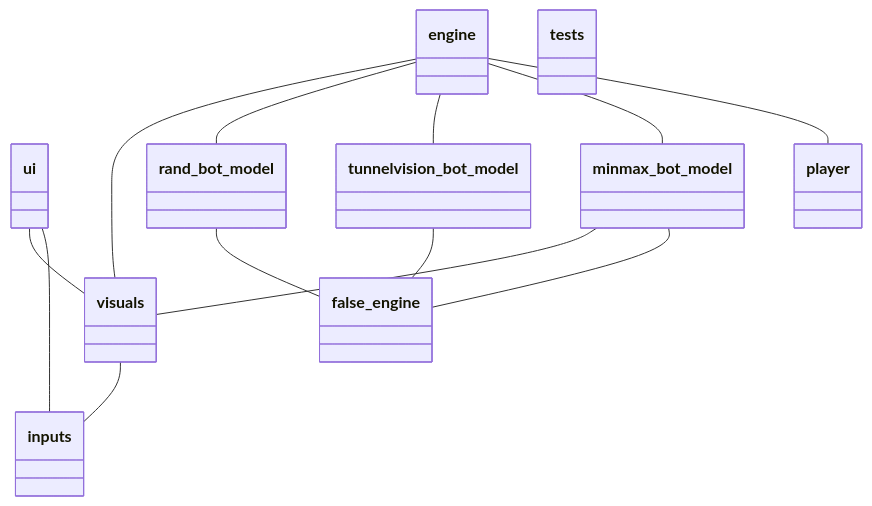
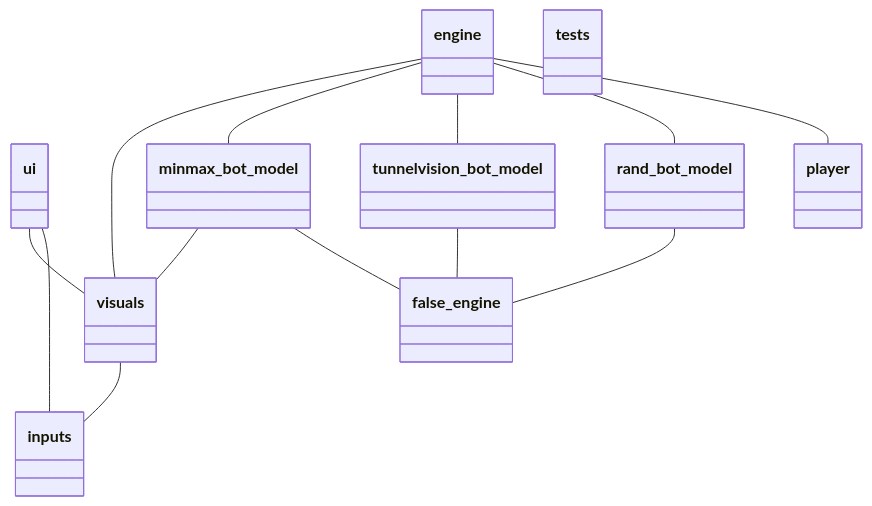
One commit to sepaww/python_shakki-tira_projekti_hy- changed the diagram in dokumentaatio/toteutusdokumentti.md. Above: the diagram before and after it, drawn with Mermaid. The commit also changed other lines of this file, not shown here.

````diff
--- a/dokumentaatio/toteutusdokumentti.md
+++ b/dokumentaatio/toteutusdokumentti.md
@@ -12,34 +12,34 @@
  ```mermaid
  classDiagram
       ui -- visuals
       ui -- inputs
       engine -- visuals
       visuals -- inputs
+      engine -- minmax_bot_model
+      engine -- tunnelvision_bot_model
       engine -- rand_bot_model
-      engine -- tunnelvision_bot_model
-      engine -- minmax_bot_model
       minmax_bot_model -- visuals
       engine -- player
       minmax_bot_model -- false_engine
       rand_bot_model -- false_engine
       tunnelvision_bot_model -- false_engine
          
       class ui{
           }
       class tests{
       }
       class visuals{
           }
       class inputs{
           }
       class minmax_bot_model{
       }
       class  player{
       }
       class tunnelvision_bot_model{
       }
       class rand_bot_model{
       }
       class false_engine{
       }
 ```
````
